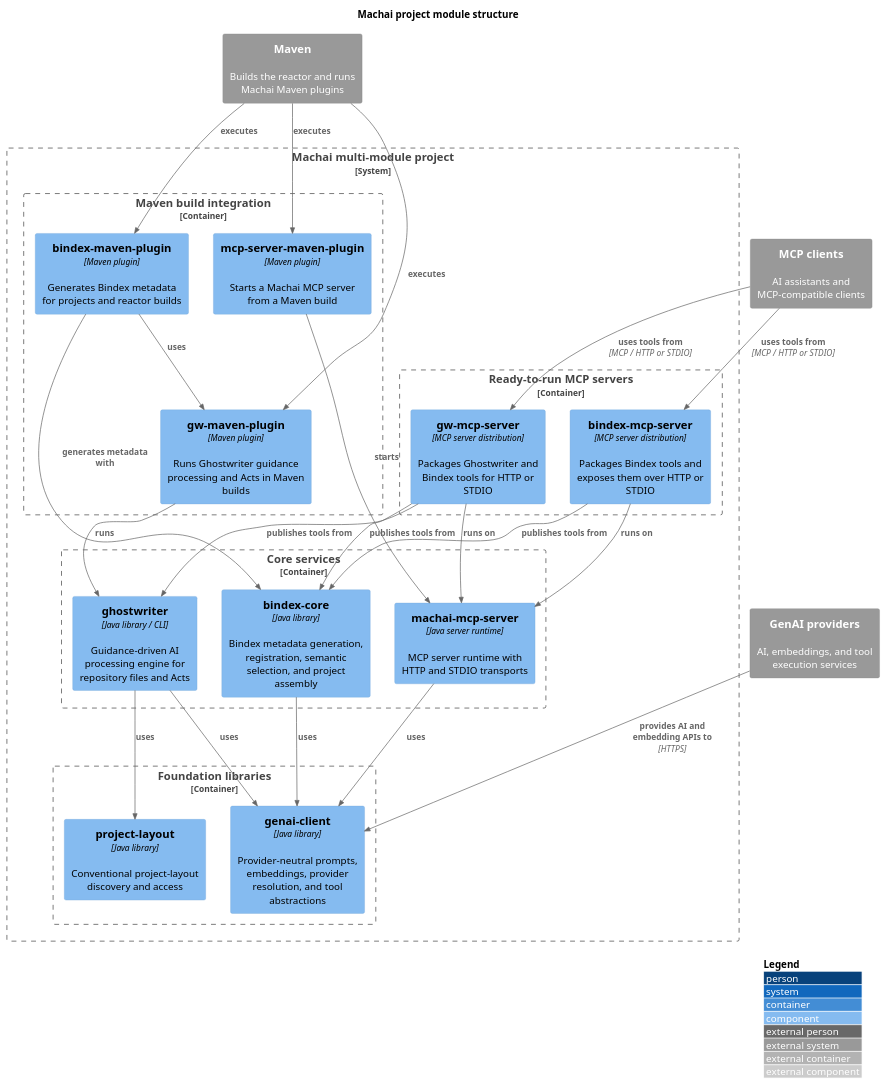
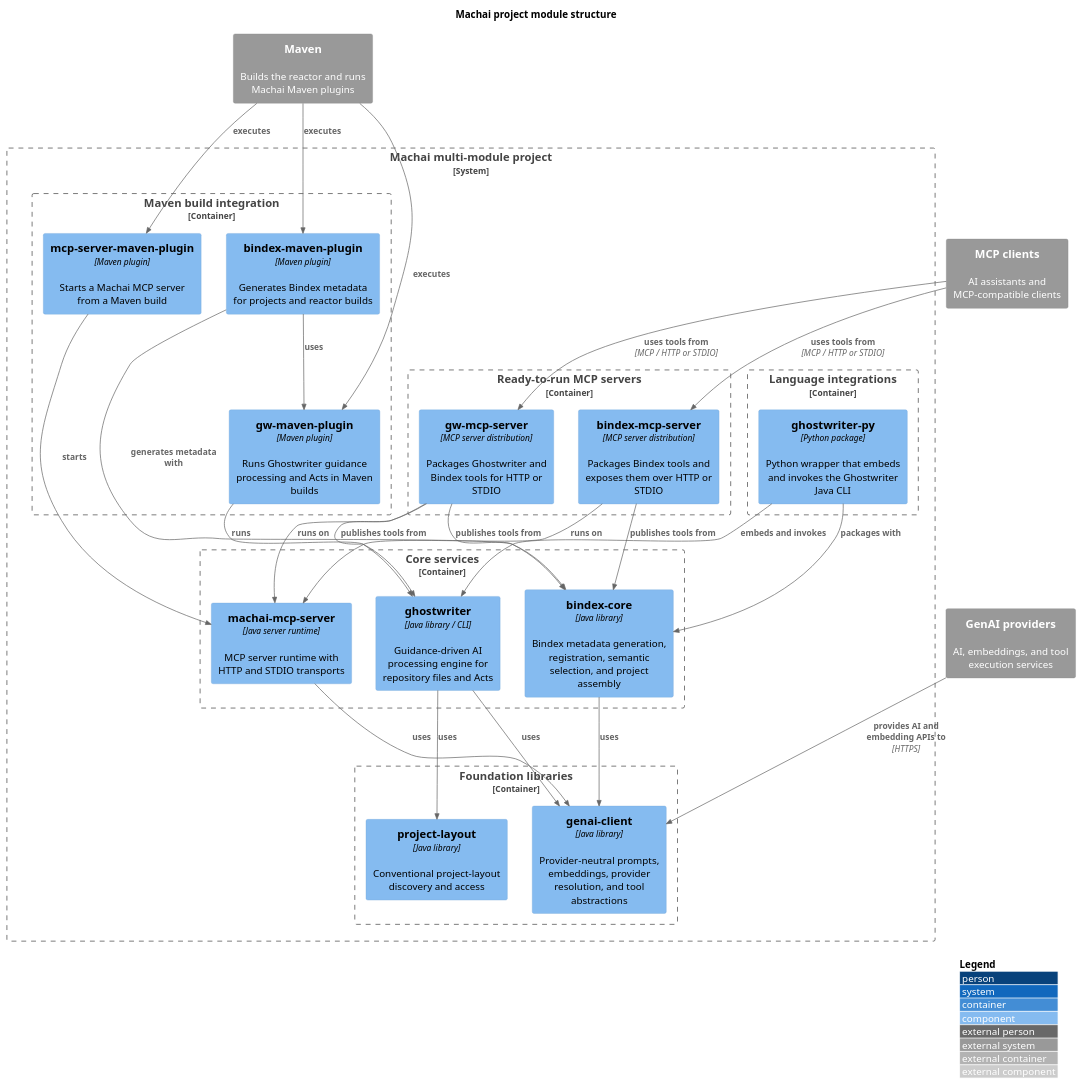
One commit to machanism-org/machai changed the diagram in src/site/puml/project-structure.puml. Above: the diagram before and after it, drawn with PlantUML. The commit also changed 4 other files, not shown here.

```diff
--- a/src/site/puml/project-structure.puml
+++ b/src/site/puml/project-structure.puml
@@ -3,56 +3,62 @@
 @startuml project-structure
 !include <C4/C4_Component>
 
 title Machai project module structure
 LAYOUT_WITH_LEGEND()
 
 System_Ext(maven, "Maven", "Builds the reactor and runs Machai Maven plugins")
 System_Ext(aiProviders, "GenAI providers", "AI, embeddings, and tool execution services")
 System_Ext(mcpClients, "MCP clients", "AI assistants and MCP-compatible clients")
 
 System_Boundary(machai, "Machai multi-module project") {
   Container_Boundary(foundations, "Foundation libraries") {
     Component(projectLayout, "project-layout", "Java library", "Conventional project-layout discovery and access")
     Component(genaiClient, "genai-client", "Java library", "Provider-neutral prompts, embeddings, provider resolution, and tool abstractions")
   }
 
   Container_Boundary(coreServices, "Core services") {
     Component(bindexCore, "bindex-core", "Java library", "Bindex metadata generation, registration, semantic selection, and project assembly")
     Component(ghostwriter, "ghostwriter", "Java library / CLI", "Guidance-driven AI processing engine for repository files and Acts")
     Component(mcpRuntime, "machai-mcp-server", "Java server runtime", "MCP server runtime with HTTP and STDIO transports")
+  }
+
+  Container_Boundary(languageIntegrations, "Language integrations") {
+    Component(ghostwriterPy, "ghostwriter-py", "Python package", "Python wrapper that embeds and invokes the Ghostwriter Java CLI")
   }
 
   Container_Boundary(buildIntegration, "Maven build integration") {
     Component(gwPlugin, "gw-maven-plugin", "Maven plugin", "Runs Ghostwriter guidance processing and Acts in Maven builds")
     Component(bindexPlugin, "bindex-maven-plugin", "Maven plugin", "Generates Bindex metadata for projects and reactor builds")
     Component(mcpPlugin, "mcp-server-maven-plugin", "Maven plugin", "Starts a Machai MCP server from a Maven build")
   }
 
   Container_Boundary(serverDistributions, "Ready-to-run MCP servers") {
     Component(bindexServer, "bindex-mcp-server", "MCP server distribution", "Packages Bindex tools and exposes them over HTTP or STDIO")
     Component(gwServer, "gw-mcp-server", "MCP server distribution", "Packages Ghostwriter and Bindex tools for HTTP or STDIO")
   }
 }
 
 Rel(maven, gwPlugin, "executes")
 Rel(maven, bindexPlugin, "executes")
 Rel(maven, mcpPlugin, "executes")
 Rel(aiProviders, genaiClient, "provides AI and embedding APIs to", "HTTPS")
 Rel(mcpClients, bindexServer, "uses tools from", "MCP / HTTP or STDIO")
 Rel(mcpClients, gwServer, "uses tools from", "MCP / HTTP or STDIO")
 
 Rel(ghostwriter, projectLayout, "uses")
 Rel(ghostwriter, genaiClient, "uses")
 Rel(bindexCore, genaiClient, "uses")
 Rel(mcpRuntime, genaiClient, "uses")
+Rel(ghostwriterPy, ghostwriter, "embeds and invokes")
+Rel(ghostwriterPy, bindexCore, "packages with")
 Rel(gwPlugin, ghostwriter, "runs")
 Rel(bindexPlugin, gwPlugin, "uses")
 Rel(bindexPlugin, bindexCore, "generates metadata with")
 Rel(mcpPlugin, mcpRuntime, "starts")
 Rel(bindexServer, bindexCore, "publishes tools from")
 Rel(bindexServer, mcpRuntime, "runs on")
 Rel(gwServer, ghostwriter, "publishes tools from")
 Rel(gwServer, bindexCore, "publishes tools from")
 Rel(gwServer, mcpRuntime, "runs on")
 
 @enduml
```
